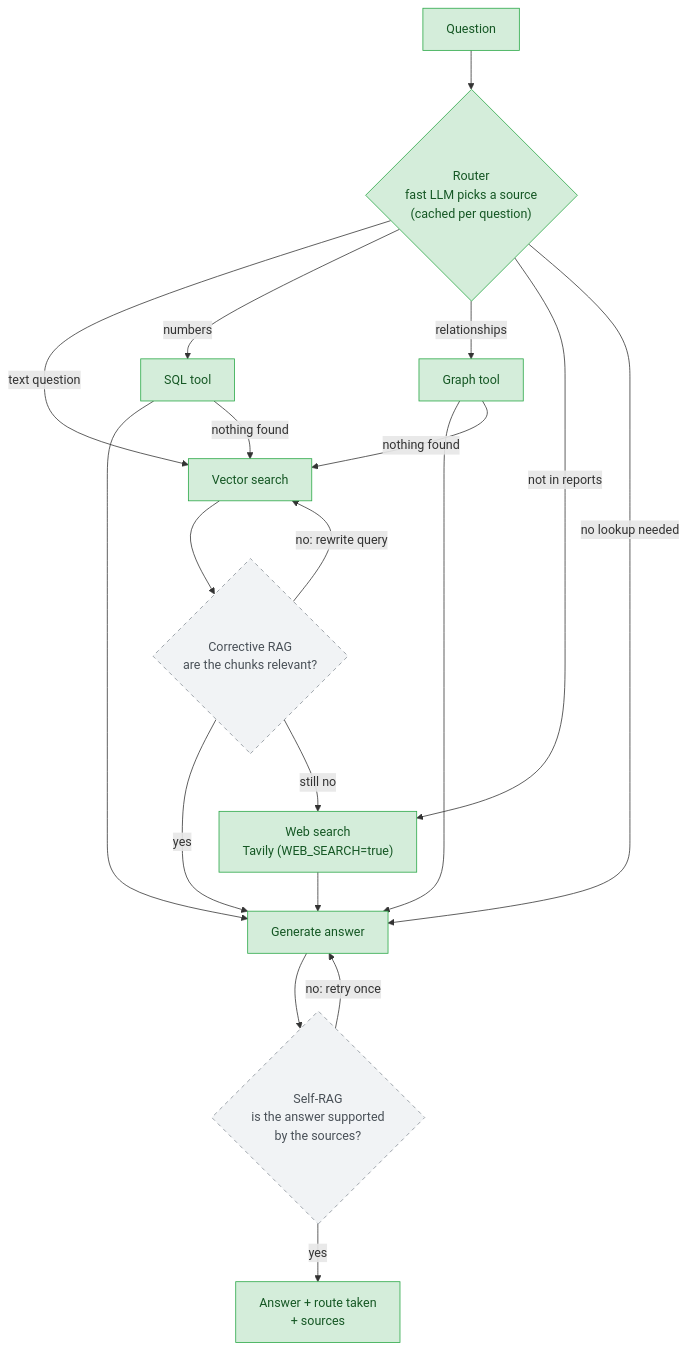
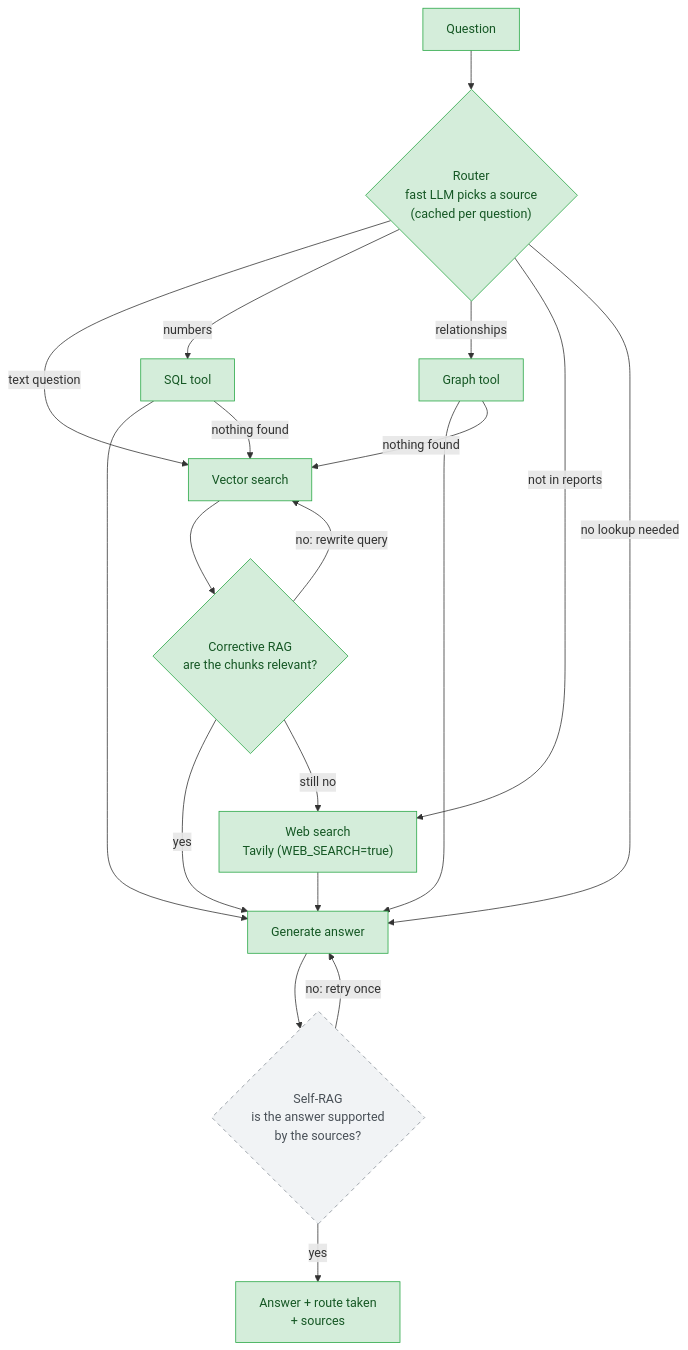
Before and after one commit to madeleine68/Reportlens: the fifth of 7 diagrams in README.md, drawn with Mermaid. The commit also changed other lines of this file and 7 other files, not shown here.

````diff
--- a/README.md
+++ b/README.md
@@ -282,26 +282,27 @@
 ```mermaid
 flowchart TD
     q["Question"] --> router{"Router<br/>fast LLM picks a source<br/>(cached per question)"}
     router -->|"text question"| vec["Vector search"]
     router -->|"numbers"| sql["SQL tool"]
     router -->|"relationships"| kg["Graph tool"]
     router -->|"not in reports"| web["Web search<br/>Tavily (WEB_SEARCH=true)"]
     router -->|"no lookup needed"| gen
     vec --> grade{"Corrective RAG<br/>are the chunks relevant?"}
     grade -->|"yes"| gen["Generate answer"]
     grade -->|"no: rewrite query"| vec
     grade -->|"still no"| web
     sql --> gen
     kg --> gen
     sql -->|"nothing found"| vec
     kg -->|"nothing found"| vec
     web --> gen
     gen --> check{"Self-RAG<br/>is the answer supported<br/>by the sources?"}
     check -->|"yes"| out["Answer + route taken<br/>+ sources"]
     check -->|"no: retry once"| gen
 
     classDef planned fill:#f1f3f5,stroke:#868e96,color:#495057,stroke-dasharray: 5 5
     classDef done fill:#d4edda,stroke:#28a745,color:#155724
     class q,router,vec,sql,kg,gen,out,web done
-    class grade,check planned
+    class grade done
+    class check planned
 ```
````
